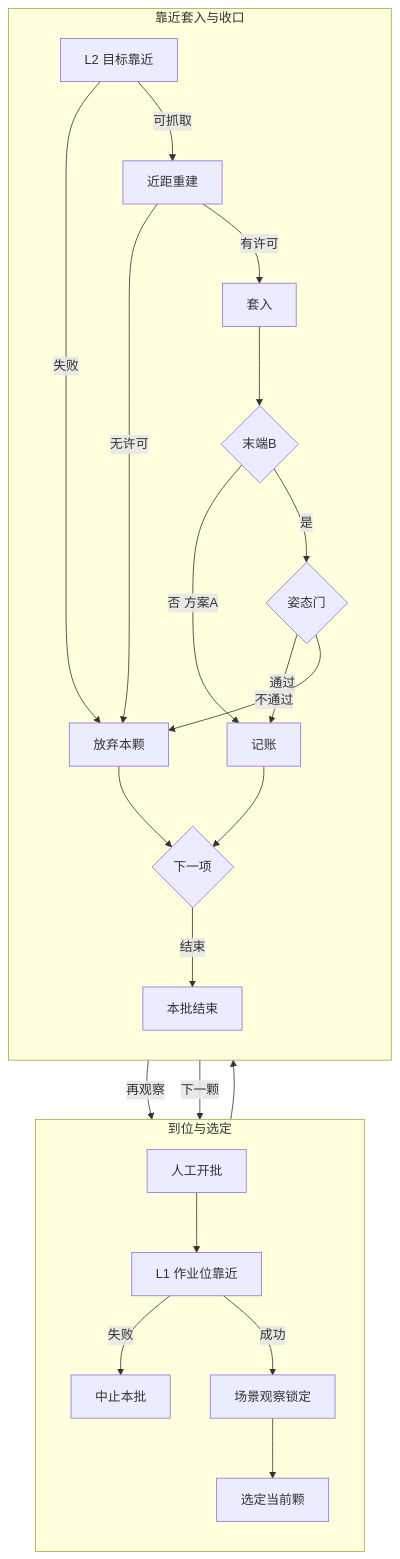
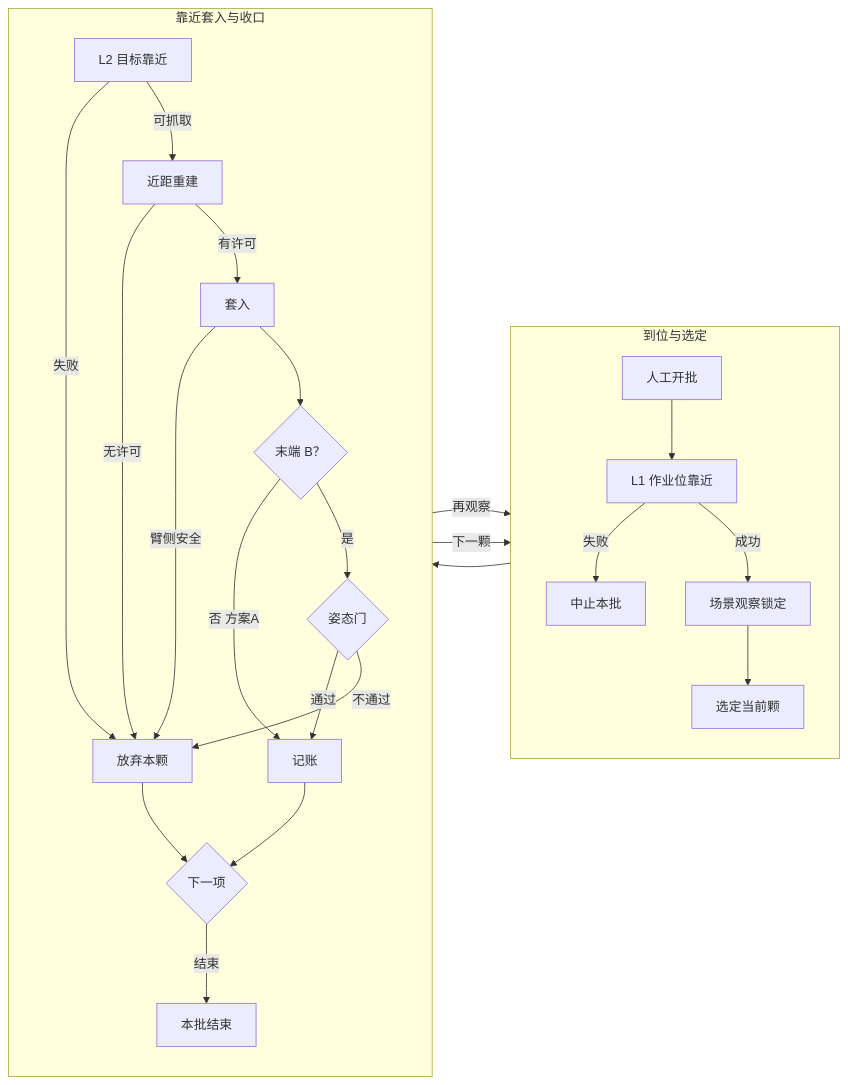
One commit to MUHAN11-c/aubo_boot changed the diagram in plans/感知抓取与自主导航联合项目设计/figures/fig02_批次主流程.mmd. Above: the diagram before and after it, drawn with Mermaid. The commit also changed 189 other files, not shown here.

```diff
--- a/plans/感知抓取与自主导航联合项目设计/figures/fig02_批次主流程.mmd
+++ b/plans/感知抓取与自主导航联合项目设计/figures/fig02_批次主流程.mmd
@@ -1,28 +1,29 @@
-%% PNG 按 A4 版心网格绘制，勿用 mmdc 覆盖
-flowchart TB
+%% 图4-1 工艺总流程：左列「到位与选定」，右列「靠近套入与收口」
+flowchart LR
   subgraph COL1[到位与选定]
     direction TB
     A[人工开批] --> B[L1 作业位靠近]
     B -->|失败| X[中止本批]
     B -->|成功| C[场景观察锁定]
     C --> D[选定当前颗]
   end
   subgraph COL2[靠近套入与收口]
     direction TB
     E[L2 目标靠近]
     E -->|失败| Y[放弃本颗]
     E -->|可抓取| F[近距重建]
     F -->|无许可| Y
     F -->|有许可| G[套入]
-    G --> H{末端B}
+    G -->|臂侧安全| Y
+    G --> H{末端 B？}
     H -->|否 方案A| I[记账]
     H -->|是| J{姿态门}
     J -->|通过| I
     J -->|不通过| Y
     I --> K{下一项}
     Y --> K
     K -->|结束| Z[本批结束]
   end
   D --> E
   K -->|再观察| C
   K -->|下一颗| D
```
